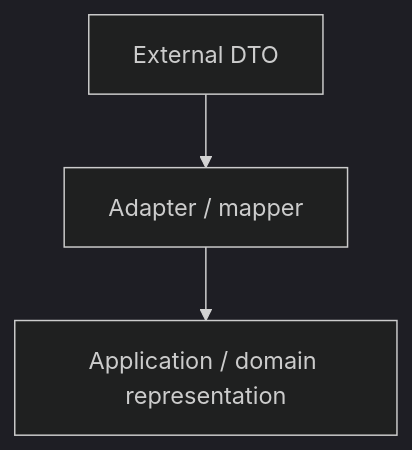
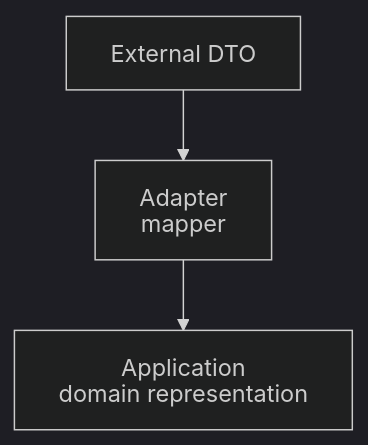
One commit to AndresTaoFlorez/software-architecture changed the third of 4 diagrams in architecture/styles/clean-architecture/1-the-dependency-rule.md. Above: the diagram before and after it, drawn with Mermaid (dark theme). The commit also changed other lines of this file and 79 other files, not shown here.

````diff
--- a/architecture/styles/clean-architecture/1-the-dependency-rule.md
+++ b/architecture/styles/clean-architecture/1-the-dependency-rule.md
@@ -120,4 +144,5 @@
 ```mermaid
+%%{init: {"htmlLabels": false, "flowchart": {"htmlLabels": false, "nodeSpacing": 28, "rankSpacing": 48, "diagramPadding": 20, "wrappingWidth": 280}, "sequence": {"wrap": true, "diagramMarginX": 20, "diagramMarginY": 20}}}%%
 flowchart TD
-    DTO["External DTO"] --> MAP["Adapter / mapper"] --> MODEL["Application / domain representation"]
+    DTO["External DTO"] --> MAP["Adapter<br/>mapper"] --> MODEL["Application<br/>domain representation"]
 ```
````
